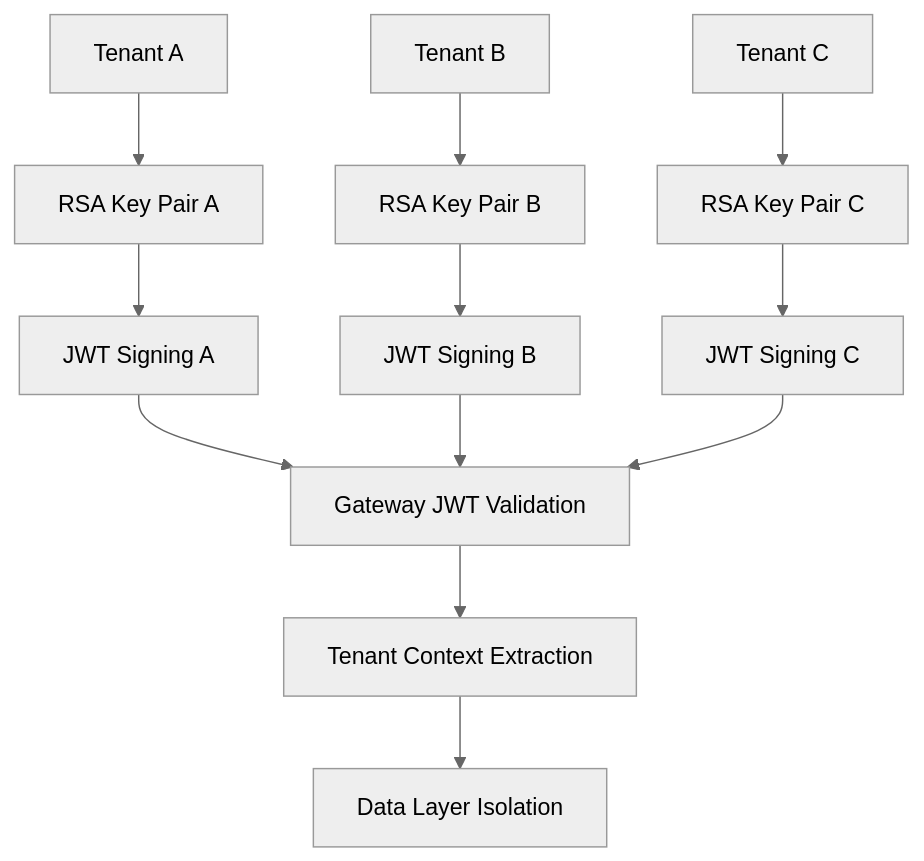
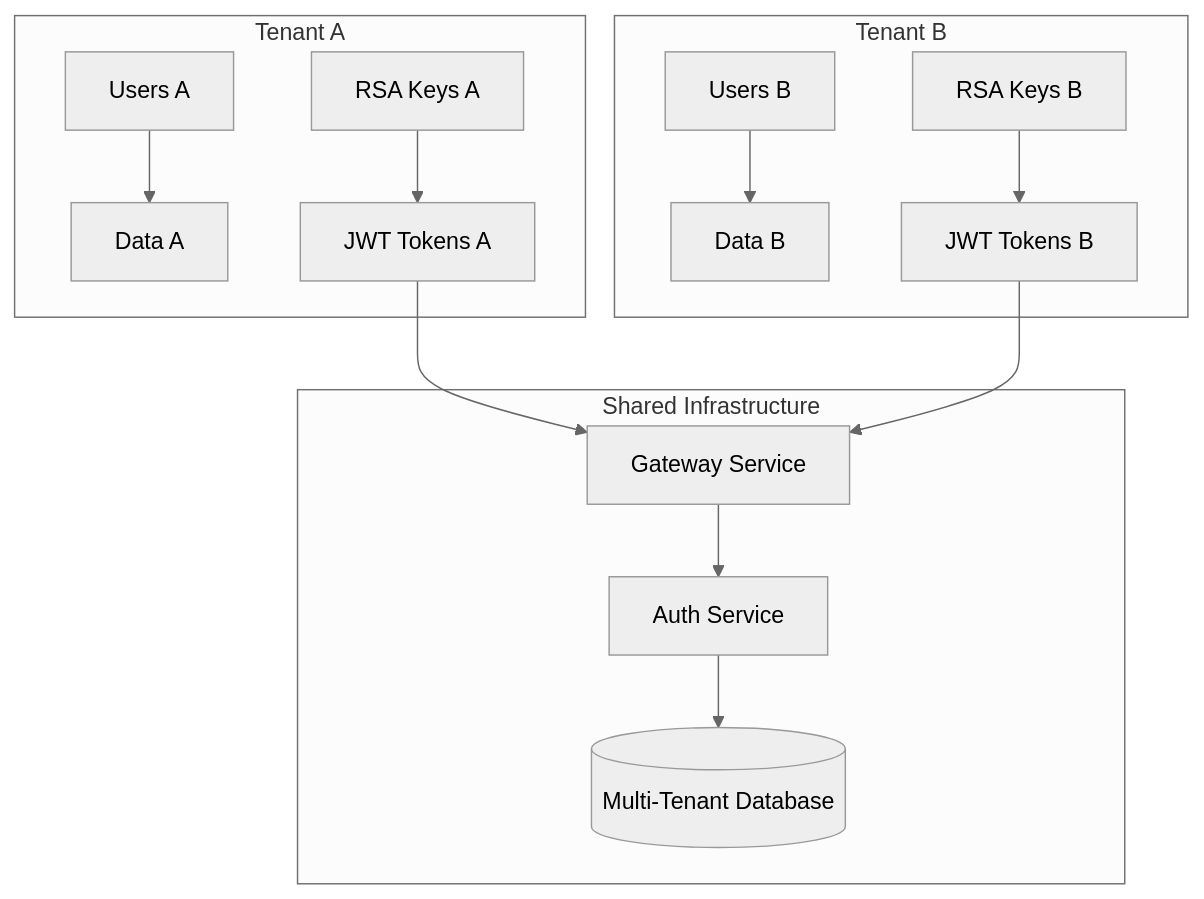
Diagram 12 of 18 in docs/development/architecture/README.md (flamingo-stack/openframe-oss-lib), drawn with Mermaid (neutral theme) before and after one commit. The commit also changed other lines of this file and 212 other files, not shown here.

````diff
--- a/docs/development/architecture/README.md
+++ b/docs/development/architecture/README.md
@@ -511,17 +402,23 @@
 ```mermaid
 flowchart TD
-    TenantA[Tenant A] --> TenantAKey[RSA Key Pair A]
-    TenantB[Tenant B] --> TenantBKey[RSA Key Pair B]
-    TenantC[Tenant C] --> TenantCKey[RSA Key Pair C]
+    subgraph "Tenant A"
+        UserA[Users A] --> DataA[Data A]
+        KeysA[RSA Keys A] --> JWTA[JWT Tokens A]
+    end
     
-    TenantAKey --> JWTSignA[JWT Signing A]
-    TenantBKey --> JWTSignB[JWT Signing B]  
-    TenantCKey --> JWTSignC[JWT Signing C]
+    subgraph "Tenant B"
+        UserB[Users B] --> DataB[Data B]
+        KeysB[RSA Keys B] --> JWTB[JWT Tokens B]
+    end
     
-    JWTSignA --> GatewayValidation[Gateway JWT Validation]
-    JWTSignB --> GatewayValidation
-    JWTSignC --> GatewayValidation
+    subgraph "Shared Infrastructure"
+        Gateway[Gateway Service]
+        Auth[Auth Service]
+        DB[(Multi-Tenant Database)]
+    end
     
-    GatewayValidation --> TenantContext[Tenant Context Extraction]
-    TenantContext --> DataIsolation[Data Layer Isolation]
+    JWTA --> Gateway
+    JWTB --> Gateway
+    Gateway --> Auth
+    Auth --> DB
 ```
````
